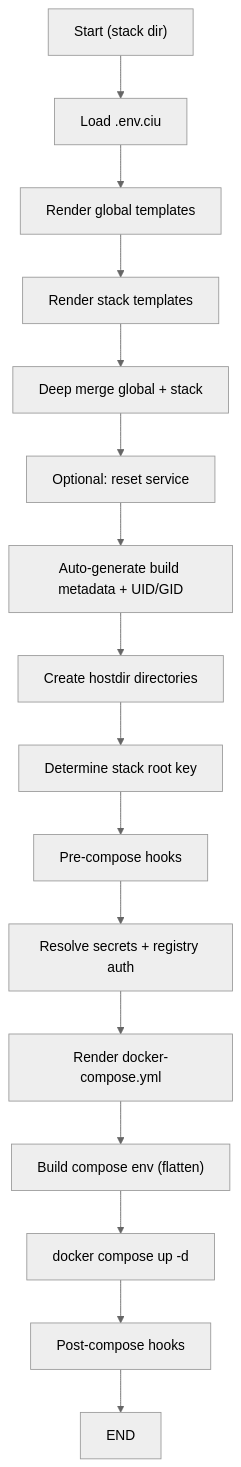
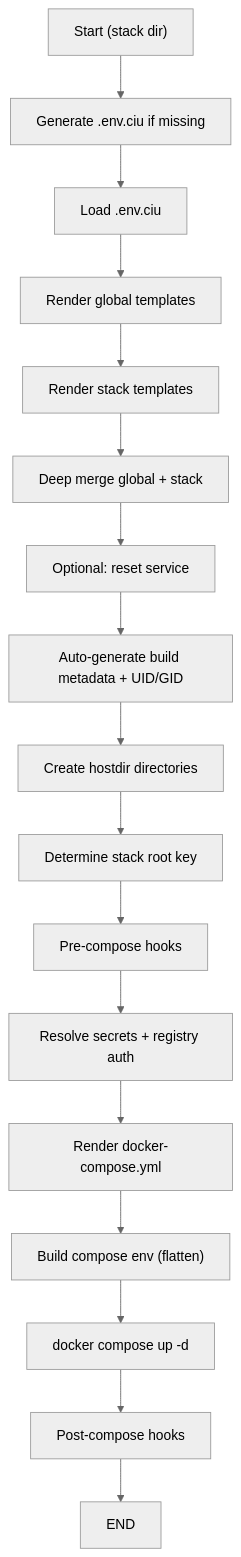
Before and after one commit to volkb79/vbpub: the first of 2 diagrams in ciu/docs/CIU.md, drawn with Mermaid (neutral theme). The commit also changed other lines of this file and 40 other files, not shown here.

````diff
--- a/ciu/docs/CIU.md
+++ b/ciu/docs/CIU.md
@@ -99,18 +138,19 @@
 ```mermaid
 flowchart TD
-   A["Start (stack dir)"] --> B["Load .env.ciu"]
-    B --> C["Render global templates" ]
-    C --> D["Render stack templates" ]
-    D --> E["Deep merge global + stack" ]
-    E --> F["Optional: reset service" ]
-    F --> G["Auto-generate build metadata + UID/GID" ]
-    G --> H["Create hostdir directories" ]
-    H --> I["Determine stack root key" ]
-    I --> J["Pre-compose hooks" ]
-    J --> K["Resolve secrets + registry auth" ]
-    K --> L["Render docker-compose.yml" ]
-    L --> M["Build compose env (flatten)" ]
-    M --> N["docker compose up -d" ]
-    N --> O["Post-compose hooks" ]
-    O --> P["END" ]
+   A["Start (stack dir)"] --> B["Generate .env.ciu if missing" ]
+   B --> C["Load .env.ciu" ]
+   C --> D["Render global templates" ]
+   D --> E["Render stack templates" ]
+   E --> F["Deep merge global + stack" ]
+   F --> G["Optional: reset service" ]
+   G --> H["Auto-generate build metadata + UID/GID" ]
+   H --> I["Create hostdir directories" ]
+   I --> J["Determine stack root key" ]
+   J --> K["Pre-compose hooks" ]
+   K --> L["Resolve secrets + registry auth" ]
+   L --> M["Render docker-compose.yml" ]
+   M --> N["Build compose env (flatten)" ]
+   N --> O["docker compose up -d" ]
+   O --> P["Post-compose hooks" ]
+   P --> Q["END" ]
 ```
````
